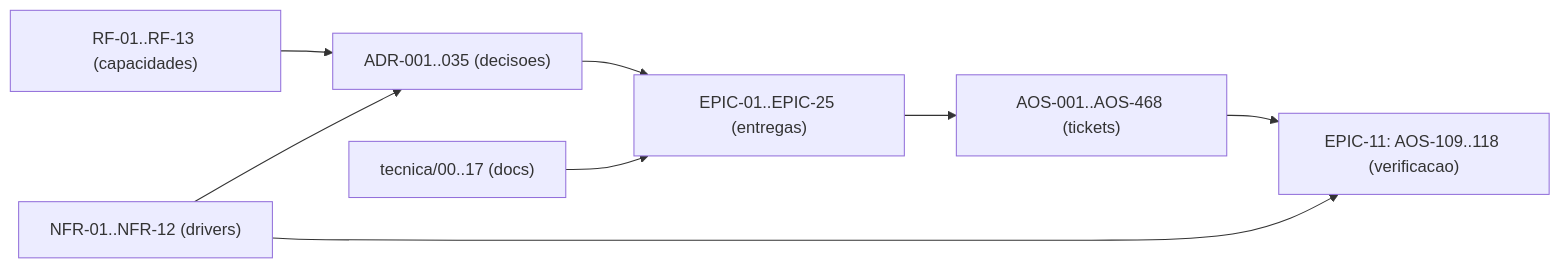
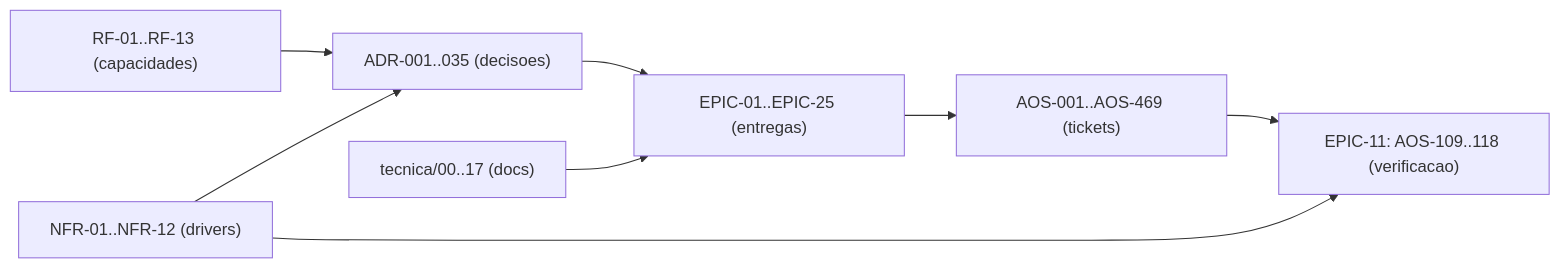
The diagram in tecnica/16_Rastreabilidade_RTM.md (albinoJimy/aos), drawn with Mermaid before and after one commit. The commit also changed other lines of this file and 4 other files, not shown here.

````diff
--- a/tecnica/16_Rastreabilidade_RTM.md
+++ b/tecnica/16_Rastreabilidade_RTM.md
@@ -199,10 +199,10 @@
 ```mermaid
 flowchart LR
     RF["RF-01..RF-13 (capacidades)"] --> ADR["ADR-001..035 (decisoes)"]
     NFR["NFR-01..NFR-12 (drivers)"] --> ADR
     ADR --> EPIC["EPIC-01..EPIC-25 (entregas)"]
-    EPIC --> TICK["AOS-001..AOS-468 (tickets)"]
+    EPIC --> TICK["AOS-001..AOS-469 (tickets)"]
     DOC["tecnica/00..17 (docs)"] --> EPIC
     TICK --> TEST["EPIC-11: AOS-109..118 (verificacao)"]
     NFR --> TEST
 ```
````
